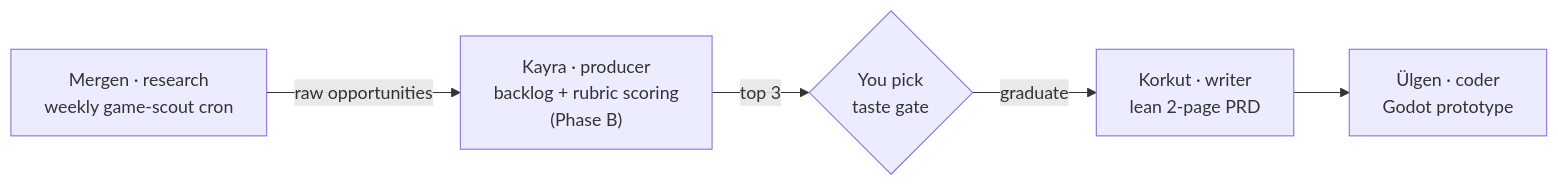
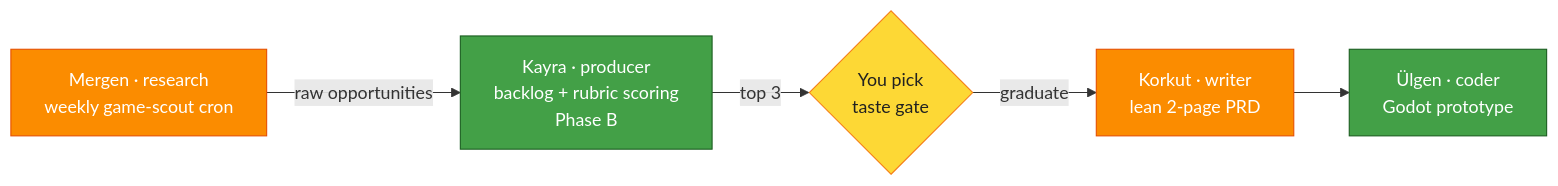
The diagram in docs/11-game-dev.md (mpolatcan/hermes-setup), drawn with Mermaid before and after one commit. The commit also changed other lines of this file and 8 other files, not shown here.

First line of the commit message:
docs: Material Design styling on all diagrams + ASCII→mermaid

````diff
--- a/docs/11-game-dev.md
+++ b/docs/11-game-dev.md
@@ -7,7 +7,10 @@
 ```mermaid
 flowchart LR
-    scout["Mergen · research<br/>weekly game-scout cron"] -->|raw opportunities| backlog["Kayra · producer<br/>backlog + rubric scoring<br/>(Phase B)"]
-    backlog -->|top 3| pick{You pick<br/>taste gate}
-    pick -->|graduate| prd["Korkut · writer<br/>lean 2-page PRD"]
-    prd --> proto["Ülgen · coder<br/>Godot prototype"]
+    scout["Mergen · research<br/>weekly game-scout cron"]:::codex -->|raw opportunities| backlog["Kayra · producer<br/>backlog + rubric scoring<br/>Phase B"]:::mini
+    backlog -->|top 3| pick{"You pick<br/>taste gate"}:::pick
+    pick -->|graduate| prd["Korkut · writer<br/>lean 2-page PRD"]:::codex
+    prd --> proto["Ülgen · coder<br/>Godot prototype"]:::mini
+    classDef mini fill:#43A047,stroke:#1B5E20,color:#fff
+    classDef codex fill:#FB8C00,stroke:#E65100,color:#fff
+    classDef pick fill:#FDD835,stroke:#F57F17,color:#212121
 ```
````
